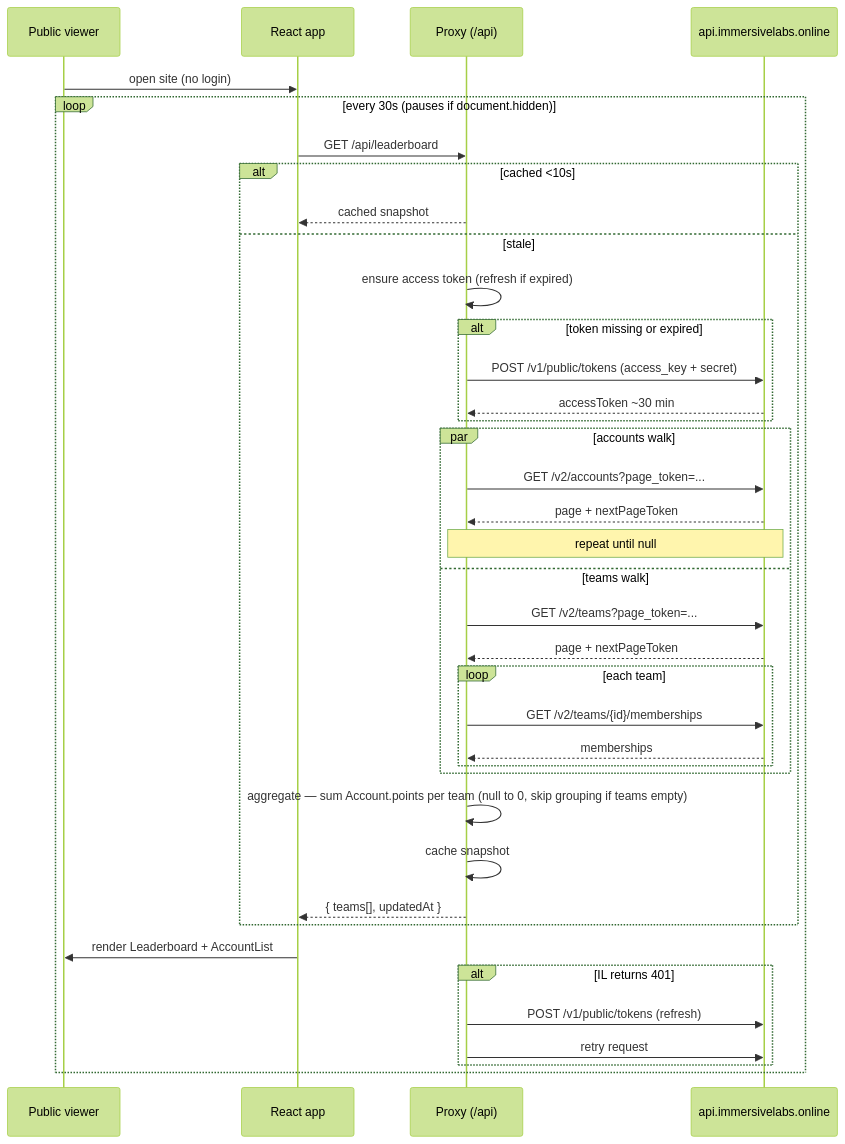
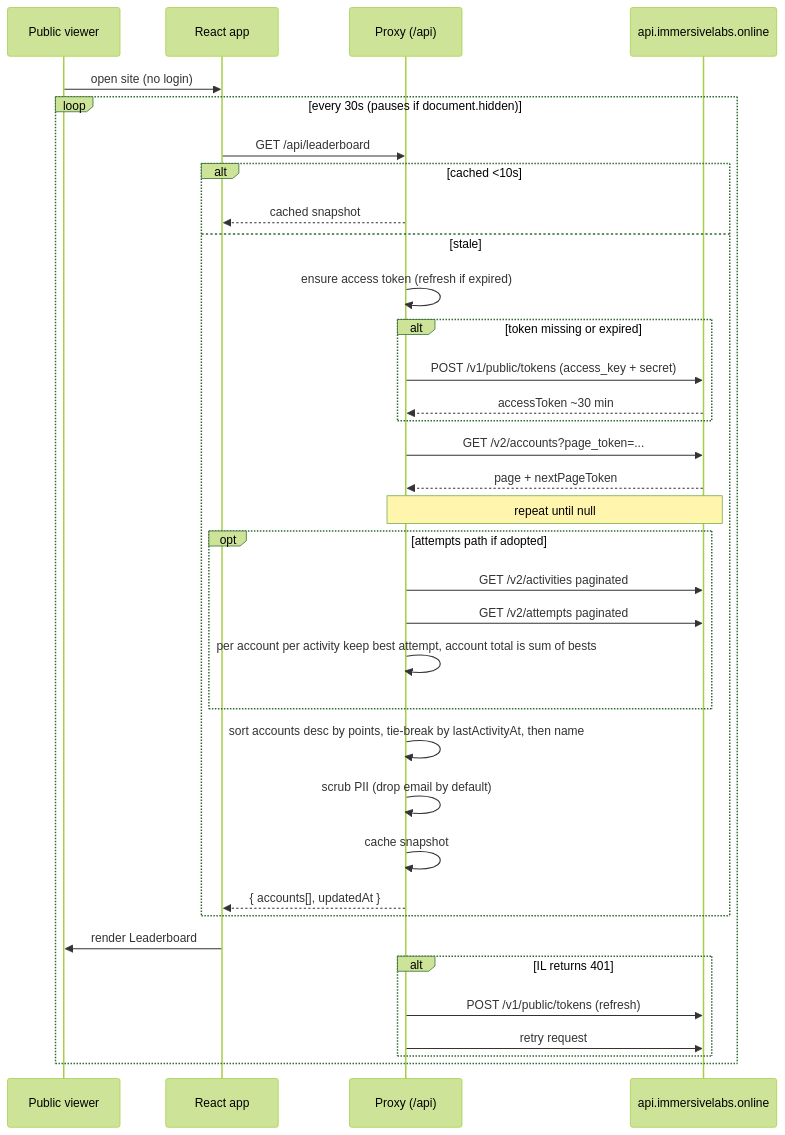
One commit to Arylmera/TheGreenGauntlet changed the first of 3 diagrams in docs/data-flow.md. Above: the diagram before and after it, drawn with Mermaid (forest theme). The commit also changed other lines of this file and 8 other files, not shown here.

First line of the commit message:
Pivot plan to account-based leaderboard; adopt best-attempt scoring

````diff
--- a/docs/data-flow.md
+++ b/docs/data-flow.md
@@ -7,41 +9,38 @@
 ```mermaid
 sequenceDiagram
     participant U as Public viewer
     participant FE as React app
     participant PX as Proxy (/api)
     participant IL as api.immersivelabs.online
 
     U->>FE: open site (no login)
     loop every 30s (pauses if document.hidden)
         FE->>PX: GET /api/leaderboard
         alt cached <10s
             PX-->>FE: cached snapshot
         else stale
             PX->>PX: ensure access token (refresh if expired)
             alt token missing or expired
                 PX->>IL: POST /v1/public/tokens (access_key + secret)
                 IL-->>PX: accessToken ~30 min
             end
-            par accounts walk
-                PX->>IL: GET /v2/accounts?page_token=...
-                IL-->>PX: page + nextPageToken
-                Note over PX,IL: repeat until null
-            and teams walk
-                PX->>IL: GET /v2/teams?page_token=...
-                IL-->>PX: page + nextPageToken
-                loop each team
-                    PX->>IL: GET /v2/teams/{id}/memberships
-                    IL-->>PX: memberships
-                end
+            PX->>IL: GET /v2/accounts?page_token=...
+            IL-->>PX: page + nextPageToken
+            Note over PX,IL: repeat until null
+            opt attempts path if adopted
+                PX->>IL: GET /v2/activities paginated
+                PX->>IL: GET /v2/attempts paginated
+                PX->>PX: per account per activity keep best attempt, account total is sum of bests
             end
-            PX->>PX: aggregate — sum Account.points per team (null to 0, skip grouping if teams empty)
+            PX->>PX: sort accounts desc by points, tie-break by lastActivityAt, then name
+            PX->>PX: scrub PII (drop email by default)
             PX->>PX: cache snapshot
-            PX-->>FE: { teams[], updatedAt }
+            PX-->>FE: { accounts[], updatedAt }
         end
-        FE->>U: render Leaderboard + AccountList
+        FE->>U: render Leaderboard
         alt IL returns 401
             PX->>IL: POST /v1/public/tokens (refresh)
             PX->>IL: retry request
         end
     end
 ```
````
